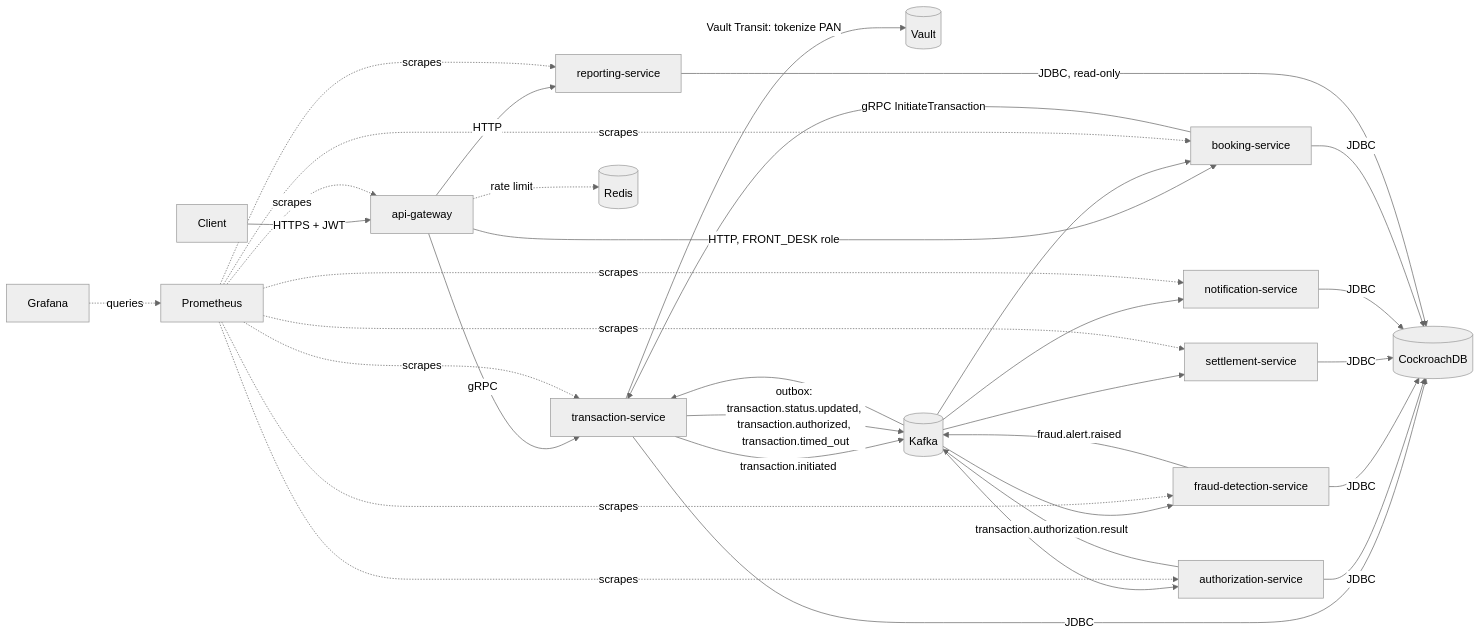
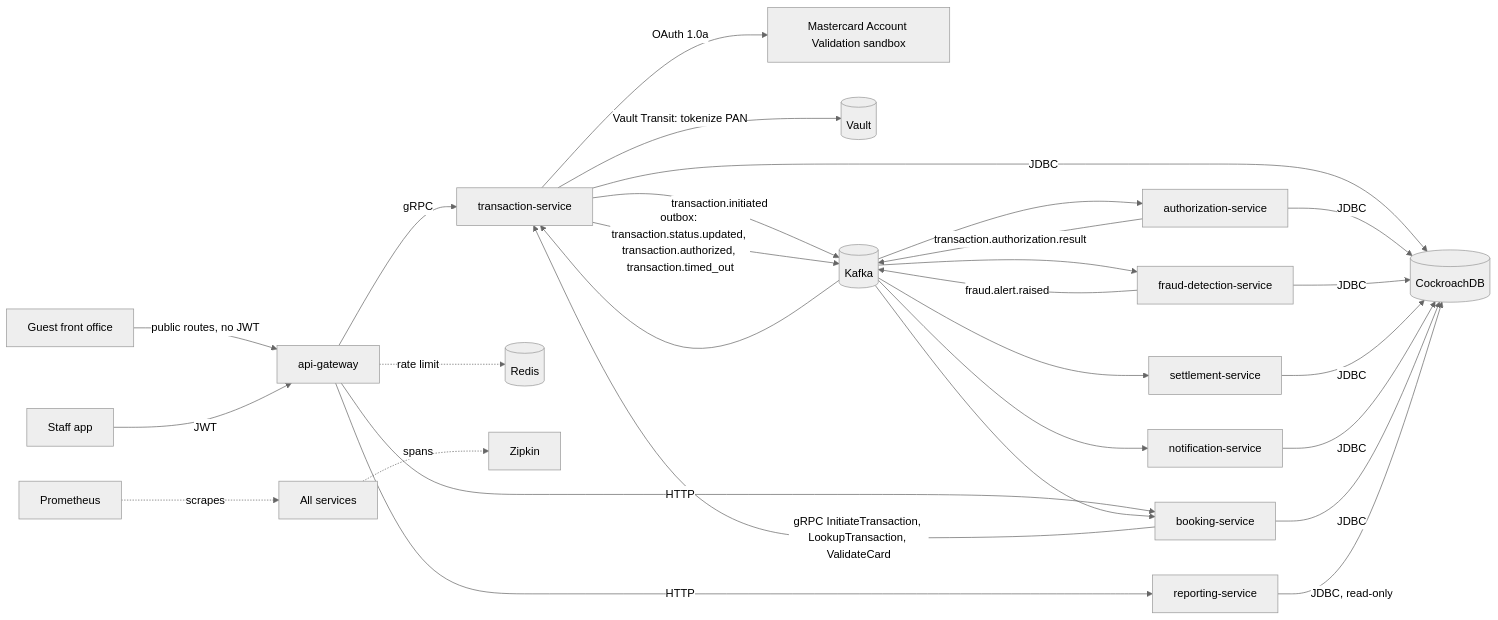
The diagram in README.md (abhishek7699/Credit_card_Management), drawn with Mermaid (neutral theme) before and after one commit. The commit also changed other lines of this file and 1 other file, not shown here.

````diff
--- a/README.md
+++ b/README.md
@@ -38,29 +50,29 @@
 ```mermaid
 flowchart LR
-    Client -->|HTTPS + JWT| Gateway[api-gateway]
+    Guest[Guest front office] -->|public routes, no JWT| Gateway[api-gateway]
+    Staff[Staff app] -->|JWT| Gateway
     Gateway -->|gRPC| Txn[transaction-service]
     Gateway -->|HTTP| Report[reporting-service]
-    Gateway -->|HTTP, FRONT_DESK role| Booking[booking-service]
+    Gateway -->|HTTP| Booking[booking-service]
     Gateway -.->|rate limit| Redis[(Redis)]
 
+    Booking -->|gRPC InitiateTransaction, LookupTransaction, ValidateCard| Txn
+    Txn -->|OAuth 1.0a| MCDev[Mastercard Account Validation sandbox]
     Txn -->|Vault Transit: tokenize PAN| Vault[(Vault)]
     Txn -->|transaction.initiated| Kafka[(Kafka)]
 
     Kafka --> Auth[authorization-service]
     Kafka --> Fraud[fraud-detection-service]
     Auth -->|transaction.authorization.result| Kafka
     Kafka --> Txn
     Txn -->|outbox: transaction.status.updated, transaction.authorized, transaction.timed_out| Kafka
     Kafka --> Settle[settlement-service]
     Fraud -->|fraud.alert.raised| Kafka
     Kafka --> Notify[notification-service]
     Kafka --> Booking
 
-    Booking -->|gRPC InitiateTransaction| Txn
-
     Txn & Auth & Fraud & Settle & Notify & Booking -->|JDBC| CRDB[(CockroachDB)]
     Report -->|JDBC, read-only| CRDB
-
-    Prom[Prometheus] -.scrapes.-> Txn & Auth & Fraud & Settle & Notify & Report & Gateway & Booking
-    Grafana -.queries.-> Prom
+    Svc[All services] -.->|spans| Zipkin[Zipkin]
+    Prom[Prometheus] -.scrapes.-> Svc
 ```
````
